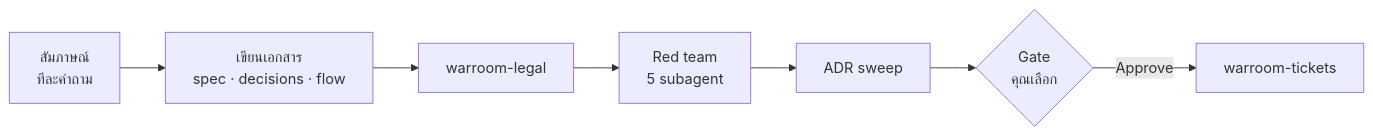
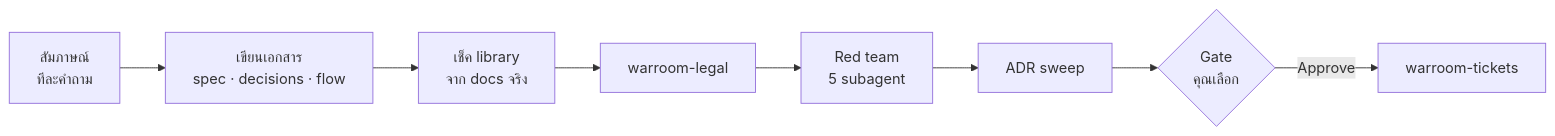
The second of 9 diagrams in docs/flow.th.md (mousemouse094526/kiki-kit), drawn with Mermaid before and after one commit. The commit also changed other lines of this file and 7 other files, not shown here.

````diff
--- a/docs/flow.th.md
+++ b/docs/flow.th.md
@@ -82,13 +82,14 @@
 ```mermaid
 flowchart LR
     I["สัมภาษณ์<br/>ทีละคำถาม"]
     DOC["เขียนเอกสาร<br/>spec · decisions · flow"]
+    LIB["เช็ค library<br/>จาก docs จริง"]
     LG["warroom-legal"]
     RT["Red team<br/>5 subagent"]
     S["ADR sweep"]
     G{"Gate<br/>คุณเลือก"}
     TK["warroom-tickets"]
 
-    I --> DOC --> LG --> RT --> S --> G
+    I --> DOC --> LIB --> LG --> RT --> S --> G
     G -->|Approve| TK
 ```
````
